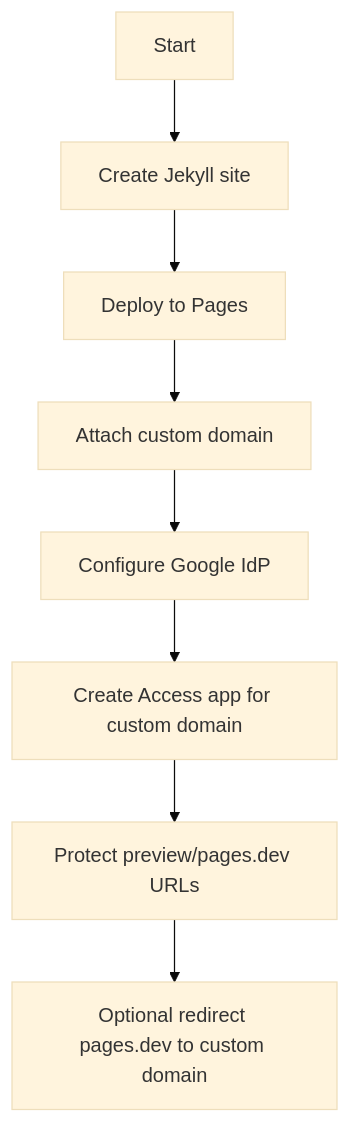
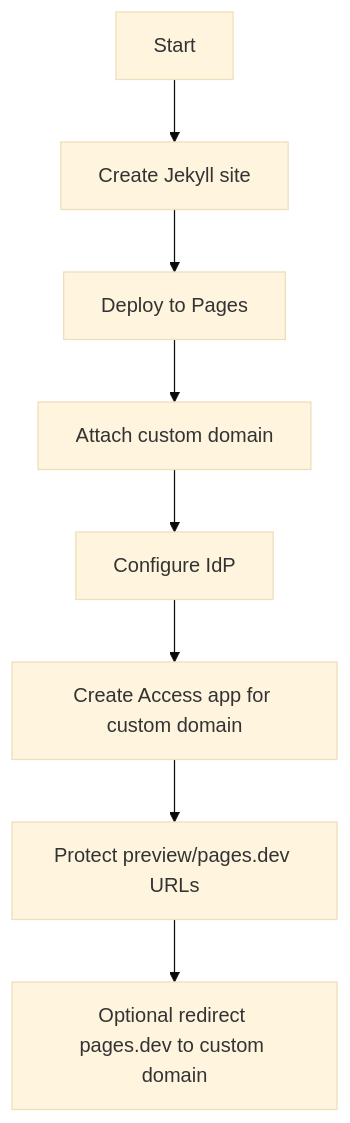
The fourth of 16 diagrams in _posts/devops/2026-04-24-cloudflare-pages-jekyll-google-access-private-docs-guide.md (ddingpy/myblog), drawn with Mermaid (base theme) before and after one commit. The commit also changed other lines of this file, not shown here.

````diff
--- a/_posts/devops/2026-04-24-cloudflare-pages-jekyll-google-access-private-docs-guide.md
+++ b/_posts/devops/2026-04-24-cloudflare-pages-jekyll-google-access-private-docs-guide.md
@@ -156,10 +159,10 @@
 ```mermaid
 flowchart TD
     A[Start] --> B[Create Jekyll site]
     B --> C[Deploy to Pages]
     C --> D[Attach custom domain]
-    D --> E[Configure Google IdP]
+    D --> E[Configure IdP]
     E --> F[Create Access app for custom domain]
     F --> G[Protect preview/pages.dev URLs]
     G --> H[Optional redirect pages.dev to custom domain]
 ```
````
